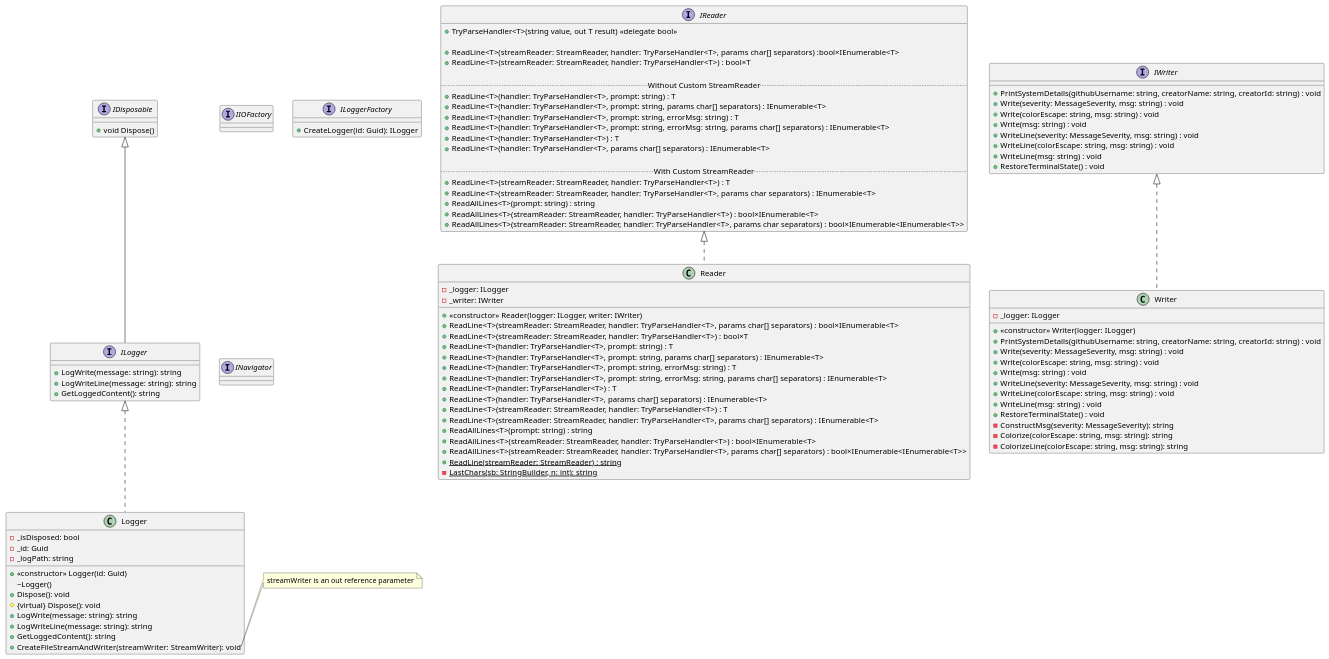
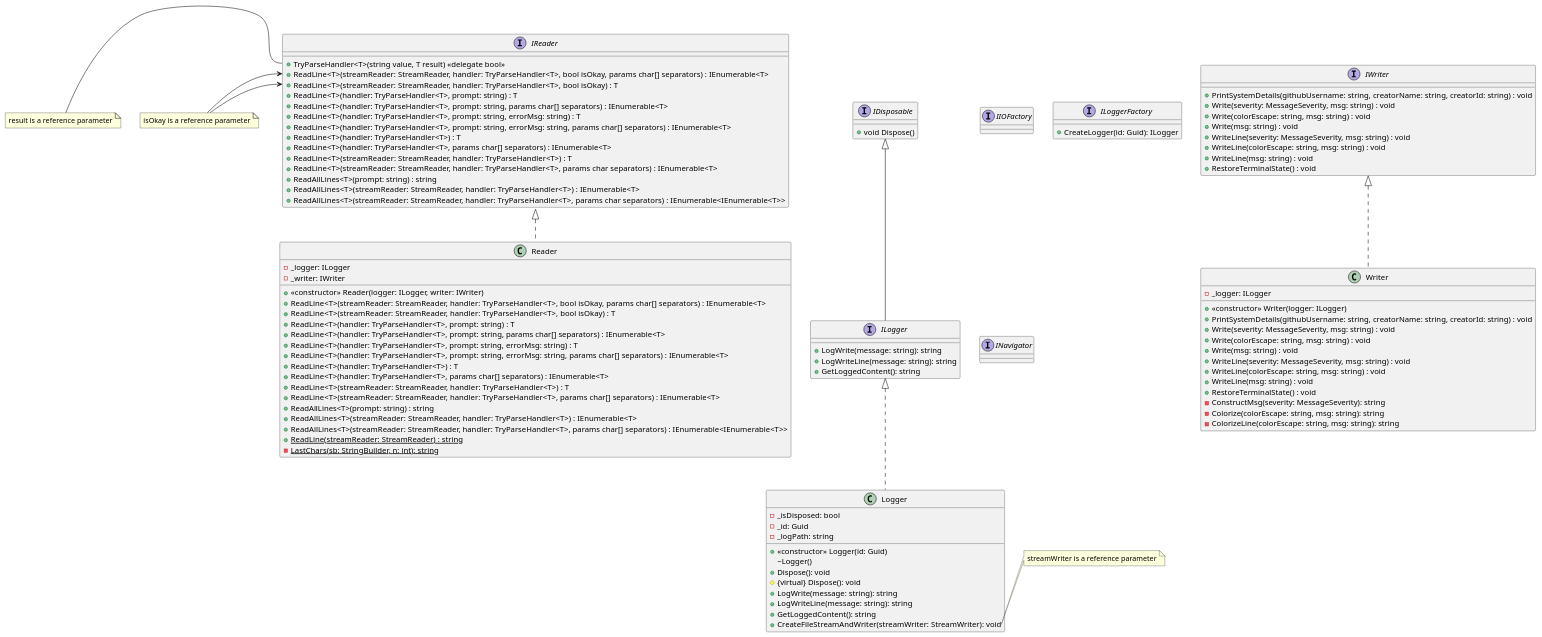
The diagram in uml/classes.puml (kougen/dotnet-core), drawn with PlantUML before and after one commit. The commit also changed 15 other files, not shown here.

```diff
--- a/uml/classes.puml
+++ b/uml/classes.puml
@@ -1,115 +1,116 @@
 @startuml IO
 
+note "isOkay is a reference parameter" as BoolRefNote
+note "result is a reference parameter" as TRefNote
+
 interface IReader{
-    +TryParseHandler<T>(string value, out T result) <<delegate bool>>
+    +TryParseHandler<T>(string value, T result) <<delegate bool>>
+    + ReadLine<T>(streamReader: StreamReader, handler: TryParseHandler<T>, bool isOkay, params char&#91;&#93; separators) : IEnumerable<T> 
+    + ReadLine<T>(streamReader: StreamReader, handler: TryParseHandler<T>, bool isOkay) : T
+    + ReadLine<T>(handler: TryParseHandler<T>, prompt: string) : T
+    + ReadLine<T>(handler: TryParseHandler<T>, prompt: string, params char[] separators) : IEnumerable<T>
+    + ReadLine<T>(handler: TryParseHandler<T>, prompt: string, errorMsg: string) : T
+    + ReadLine<T>(handler: TryParseHandler<T>, prompt: string, errorMsg: string, params char[] separators) : IEnumerable<T>
+    + ReadLine<T>(handler: TryParseHandler<T>) : T 
+    + ReadLine<T>(handler: TryParseHandler<T>, params char[] separators) : IEnumerable<T> 
+    + ReadLine<T>(streamReader: StreamReader, handler: TryParseHandler<T>) : T
+    + ReadLine<T>(streamReader: StreamReader, handler: TryParseHandler<T>, params char separators) : IEnumerable<T>
+    + ReadAllLines<T>(prompt: string) : string
+    + ReadAllLines<T>(streamReader: StreamReader, handler: TryParseHandler<T>) : IEnumerable<T>
+    + ReadAllLines<T>(streamReader: StreamReader, handler: TryParseHandler<T>, params char separators) : IEnumerable<IEnumerable<T>>
+}
+TRefNote <- "IReader::TryParseHandler<T>(string value, T result)"
 
-    +ReadLine<T>(streamReader: StreamReader, handler: TryParseHandler<T>, params char[] separators) :bool×IEnumerable<T> 
-    +ReadLine<T>(streamReader: StreamReader, handler: TryParseHandler<T>) : bool×T
-
-    .. Without Custom StreamReader ..
-    +ReadLine<T>(handler: TryParseHandler<T>, prompt: string) : T
-    +ReadLine<T>(handler: TryParseHandler<T>, prompt: string, params char[] separators) : IEnumerable<T>
-    +ReadLine<T>(handler: TryParseHandler<T>, prompt: string, errorMsg: string) : T
-    +ReadLine<T>(handler: TryParseHandler<T>, prompt: string, errorMsg: string, params char[] separators) : IEnumerable<T>
-    +ReadLine<T>(handler: TryParseHandler<T>) : T 
-    +ReadLine<T>(handler: TryParseHandler<T>, params char[] separators) : IEnumerable<T> 
-
-    .. With Custom StreamReader ..
-    +ReadLine<T>(streamReader: StreamReader, handler: TryParseHandler<T>) : T
-    +ReadLine<T>(streamReader: StreamReader, handler: TryParseHandler<T>, params char separators) : IEnumerable<T>
-    +ReadAllLines<T>(prompt: string) : string
-    +ReadAllLines<T>(streamReader: StreamReader, handler: TryParseHandler<T>) : bool×IEnumerable<T>
-    +ReadAllLines<T>(streamReader: StreamReader, handler: TryParseHandler<T>, params char separators) : bool×IEnumerable<IEnumerable<T>>
-}
-
+BoolRefNote -> "IReader::ReadLine<T>(streamReader: StreamReader, handler: TryParseHandler<T>, bool isOkay, params char&#91;&#93; separators)"
+BoolRefNote -> "IReader::ReadLine<T>(streamReader: StreamReader, handler: TryParseHandler<T>, bool isOkay)"
 class Reader implements IReader{
     - _logger: ILogger
     - _writer: IWriter
     + <<constructor>> Reader(logger: ILogger, writer: IWriter)
-    + ReadLine<T>(streamReader: StreamReader, handler: TryParseHandler<T>, params char[] separators) : bool×IEnumerable<T> 
-    + ReadLine<T>(streamReader: StreamReader, handler: TryParseHandler<T>) : bool×T
+    + ReadLine<T>(streamReader: StreamReader, handler: TryParseHandler<T>, bool isOkay, params char[] separators) : IEnumerable<T> 
+    + ReadLine<T>(streamReader: StreamReader, handler: TryParseHandler<T>, bool isOkay) : T
     + ReadLine<T>(handler: TryParseHandler<T>, prompt: string) : T
     + ReadLine<T>(handler: TryParseHandler<T>, prompt: string, params char[] separators) : IEnumerable<T>
     + ReadLine<T>(handler: TryParseHandler<T>, prompt: string, errorMsg: string) : T
     + ReadLine<T>(handler: TryParseHandler<T>, prompt: string, errorMsg: string, params char[] separators) : IEnumerable<T>
     + ReadLine<T>(handler: TryParseHandler<T>) : T 
     + ReadLine<T>(handler: TryParseHandler<T>, params char[] separators) : IEnumerable<T> 
     + ReadLine<T>(streamReader: StreamReader, handler: TryParseHandler<T>) : T
     + ReadLine<T>(streamReader: StreamReader, handler: TryParseHandler<T>, params char[] separators) : IEnumerable<T>
     + ReadAllLines<T>(prompt: string) : string
-    + ReadAllLines<T>(streamReader: StreamReader, handler: TryParseHandler<T>) : bool×IEnumerable<T>
-    + ReadAllLines<T>(streamReader: StreamReader, handler: TryParseHandler<T>, params char[] separators) : bool×IEnumerable<IEnumerable<T>>
+    + ReadAllLines<T>(streamReader: StreamReader, handler: TryParseHandler<T>) : IEnumerable<T>
+    + ReadAllLines<T>(streamReader: StreamReader, handler: TryParseHandler<T>, params char[] separators) : IEnumerable<IEnumerable<T>>
     {static} + ReadLine(streamReader: StreamReader) : string
     {static} - LastChars(sb: StringBuilder, n: int): string
 }
 
 interface IWriter{
     + PrintSystemDetails(githubUsername: string, creatorName: string, creatorId: string) : void
     + Write(severity: MessageSeverity, msg: string) : void
     + Write(colorEscape: string, msg: string) : void
     + Write(msg: string) : void
     + WriteLine(severity: MessageSeverity, msg: string) : void
     + WriteLine(colorEscape: string, msg: string) : void
     + WriteLine(msg: string) : void
     + RestoreTerminalState() : void
 }
 
 class Writer implements IWriter{
     -_logger: ILogger
     + <<constructor>> Writer(logger: ILogger)
     + PrintSystemDetails(githubUsername: string, creatorName: string, creatorId: string) : void
     + Write(severity: MessageSeverity, msg: string) : void
     + Write(colorEscape: string, msg: string) : void
     + Write(msg: string) : void
     + WriteLine(severity: MessageSeverity, msg: string) : void
     + WriteLine(colorEscape: string, msg: string) : void
     + WriteLine(msg: string) : void
     + RestoreTerminalState() : void
     - ConstructMsg(severity: MessageSeverity): string
     - Colorize(colorEscape: string, msg: string): string
     - ColorizeLine(colorEscape: string, msg: string): string
 }
 
 interface IIOFactory{
 
 }
 
 interface IDisposable {
     + void Dispose()
 }
 
 interface ILogger extends IDisposable{
     + LogWrite(message: string): string
     + LogWriteLine(message: string): string
     + GetLoggedContent(): string
 }
 
 class Logger implements ILogger{
     - _isDisposed: bool
     - _id: Guid
     - _logPath: string
     + <<constructor>> Logger(id: Guid)
     \~Logger()
     + Dispose(): void
     # {virtual} Dispose(): void
     + LogWrite(message: string): string
     + LogWriteLine(message: string): string
     + GetLoggedContent(): string
     + CreateFileStreamAndWriter(streamWriter: StreamWriter): void
 }
 
 note right of Logger::CreateFileStreamAndWriter
-    streamWriter is an out reference parameter
+    streamWriter is a reference parameter
 end note
 
 interface ILoggerFactory{
     + CreateLogger(id: Guid): ILogger
 }
 
 interface INavigator{
 
 }
 
 
 
 @enduml
```
